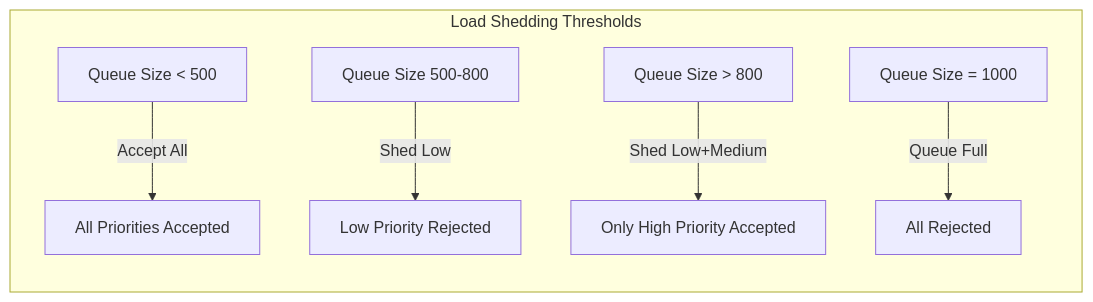
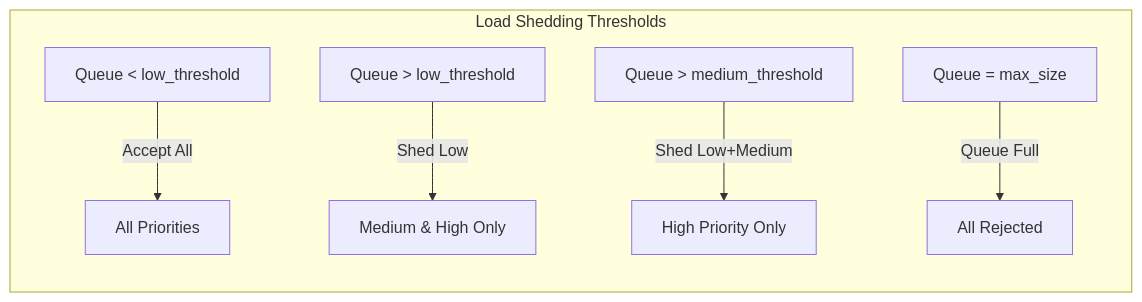
Before and after one commit to skpulipaka26/arbiter: the second of 2 diagrams in README.md, drawn with Mermaid. The commit also changed other lines of this file and 9 other files, not shown here.

First line of the commit message:
refactor: Simplify to single-upstream sidecar architecture

````diff
--- a/README.md
+++ b/README.md
@@ -90,9 +118,9 @@
 ```mermaid
 graph LR
     subgraph "Load Shedding Thresholds"
-        A[Queue Size < 500] -->|Accept All| Accept1[All Priorities Accepted]
-        B[Queue Size 500-800] -->|Shed Low| Shed1[Low Priority Rejected]
-        C[Queue Size > 800] -->|Shed Low+Medium| Shed2[Only High Priority Accepted]
-        D[Queue Size = 1000] -->|Queue Full| Shed3[All Rejected]
+        A[Queue < low_threshold] -->|Accept All| Accept1[All Priorities]
+        B[Queue > low_threshold] -->|Shed Low| Shed1[Medium & High Only]
+        C[Queue > medium_threshold] -->|Shed Low+Medium| Shed2[High Priority Only]
+        D[Queue = max_size] -->|Queue Full| Shed3[All Rejected]
     end
 ```
````
